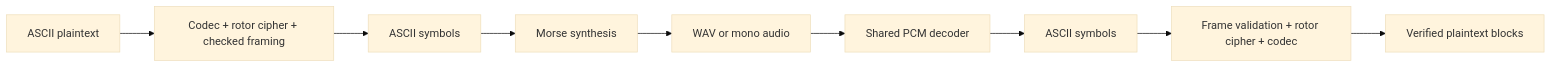
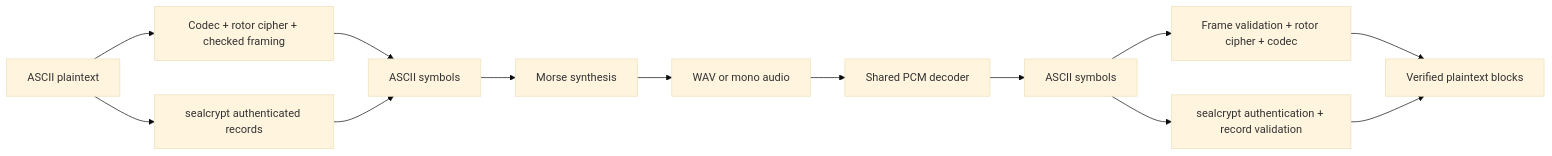
Before and after one commit to shanewiseman/EncryptedRadio: the diagram in docs/ARCHITECTURE.md, drawn with Mermaid (base theme). The commit also changed other lines of this file and 17 other files, not shown here.

Commit message:
Add authenticated sealcrypt replacement for rotorcrypt

````diff
--- a/docs/ARCHITECTURE.md
+++ b/docs/ARCHITECTURE.md
@@ -8,11 +9,15 @@
 ```mermaid
 flowchart LR
     P[ASCII plaintext] --> A[Codec + rotor cipher + checked framing]
+    P --> S[sealcrypt authenticated records]
     A --> C[ASCII symbols]
+    S --> C
     C --> B[Morse synthesis]
     B --> W[WAV or mono audio]
     W --> D[Shared PCM decoder]
     D --> R[ASCII symbols]
     R --> F[Frame validation + rotor cipher + codec]
+    R --> V[sealcrypt authentication + record validation]
     F --> O[Verified plaintext blocks]
+    V --> O
 ```
````
